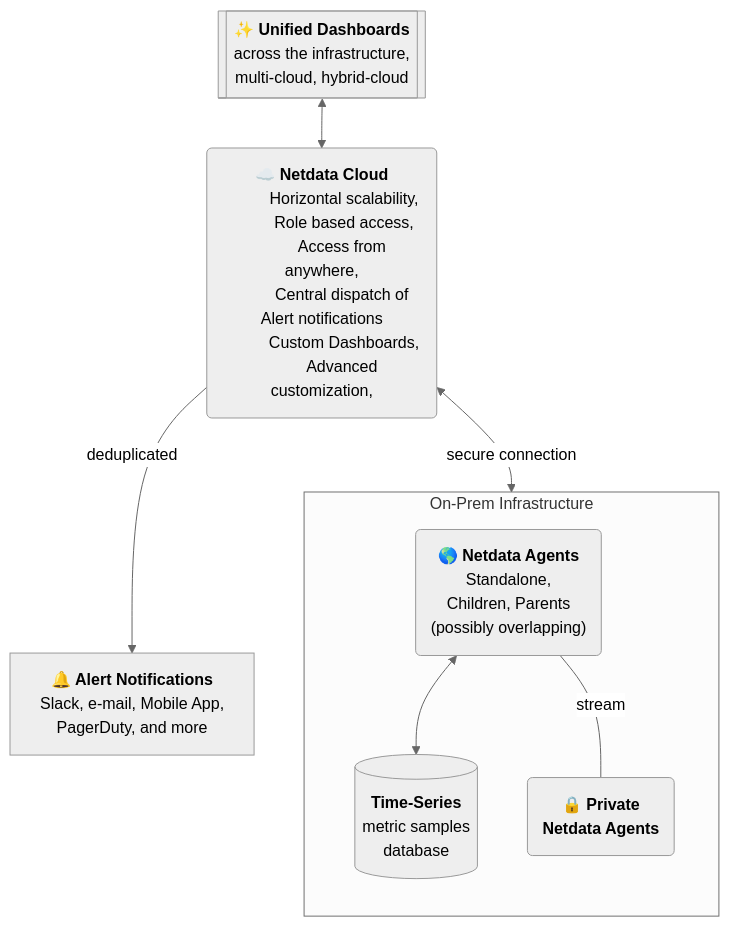
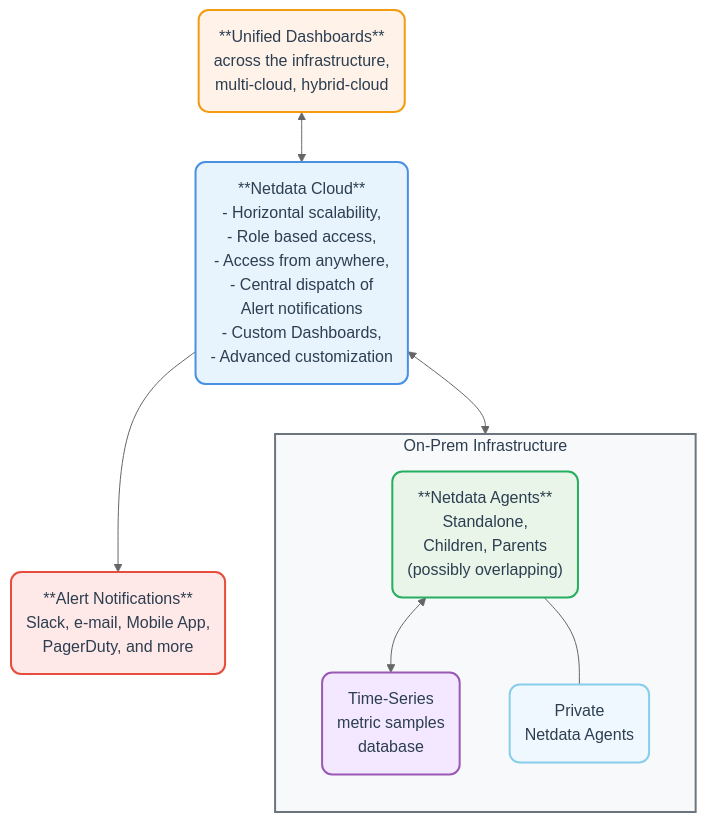
One commit to netdata/netdata changed the diagram in docs/netdata-cloud/README.md. Above: the diagram before and after it, drawn with Mermaid (neutral theme). The commit also changed other lines of this file and 7 other files, not shown here.

````diff
--- a/docs/netdata-cloud/README.md
+++ b/docs/netdata-cloud/README.md
@@ -12,34 +19,50 @@
 ```mermaid
 flowchart TB
-    NC("<b>☁️ Netdata Cloud</b>
-          Horizontal scalability,
-          Role based access,
-          Access from anywhere,
-          Central dispatch of Alert notifications
-          Custom Dashboards,
-          Advanced customization,
+    NC("**Netdata Cloud**
+          - Horizontal scalability,
+          - Role based access,
+          - Access from anywhere,
+          - Central dispatch of <br/>Alert notifications
+          - Custom Dashboards,
+          - Advanced customization
           ")
-    Users[["<b>✨ Unified Dashboards</b>
+    Users("**Unified Dashboards**
             across the infrastructure,
-            multi-cloud, hybrid-cloud"]]
-    Notifications["<b>🔔 Alert Notifications</b>
+            multi-cloud, hybrid-cloud")
+    Notifications("**Alert Notifications**
                     Slack, e-mail, Mobile App,
-                    PagerDuty, and more"]
+                    PagerDuty, and more")
     Users <--> NC
-    NC -->|deduplicated| Notifications
-    subgraph On-Prem Infrastructure
+    NC --> Notifications
+    subgraph infrastructure["On-Prem Infrastructure"]
         direction TB
-        Agents("<b>🌎 Netdata Agents</b>
+        Agents("**Netdata Agents**
                 Standalone,
                 Children, Parents
                 (possibly overlapping)")
-        TimeSeries[("<b>Time-Series</b>
+        TimeSeries("Time-Series
                     metric samples
-                    database")]
-        PrivateAgents("<b>🔒 Private
-                        Netdata Agents</b>")
+                    database")
+        PrivateAgents("Private
+                        Netdata Agents")
         Agents <--> TimeSeries
-        Agents ---|stream| PrivateAgents
+        Agents --- PrivateAgents
     end
-    NC <-->|secure connection| Agents
+    NC <--> Agents
+    
+    classDef cloud fill:#e8f4fd,stroke:#4a90e2,stroke-width:2px,color:#2c3e50,rx:10,ry:10
+    classDef users fill:#fff2e8,stroke:#f39c12,stroke-width:2px,color:#2c3e50,rx:10,ry:10
+    classDef notifications fill:#ffe8e8,stroke:#e74c3c,stroke-width:2px,color:#2c3e50,rx:10,ry:10
+    classDef agents fill:#e8f5e8,stroke:#27ae60,stroke-width:2px,color:#2c3e50,rx:10,ry:10
+    classDef timeseries fill:#f3e8ff,stroke:#9b59b6,stroke-width:2px,color:#2c3e50,rx:10,ry:10
+    classDef private fill:#f0f8ff,stroke:#87ceeb,stroke-width:2px,color:#2c3e50,rx:10,ry:10
+    classDef subgraphStyle fill:#f8f9fa,stroke:#6c757d,stroke-width:2px,color:#2c3e50
+    
+    class NC cloud
+    class Users users
+    class Notifications notifications
+    class Agents agents
+    class TimeSeries timeseries
+    class PrivateAgents private
+    class infrastructure subgraphStyle
 ```
````
